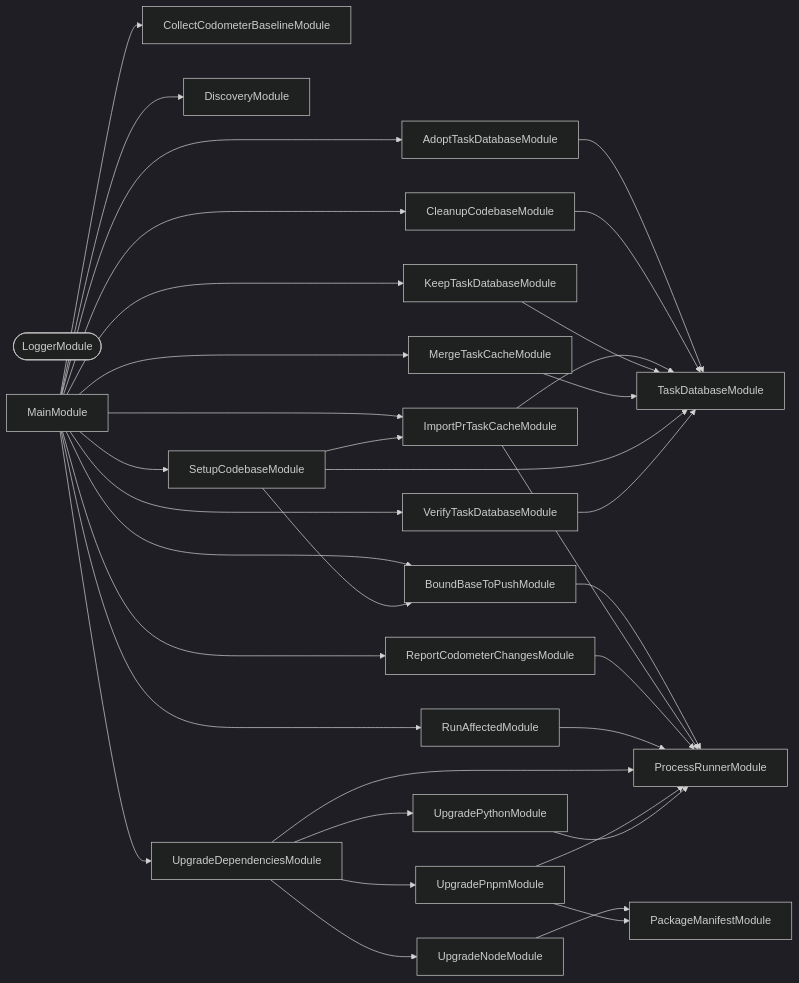
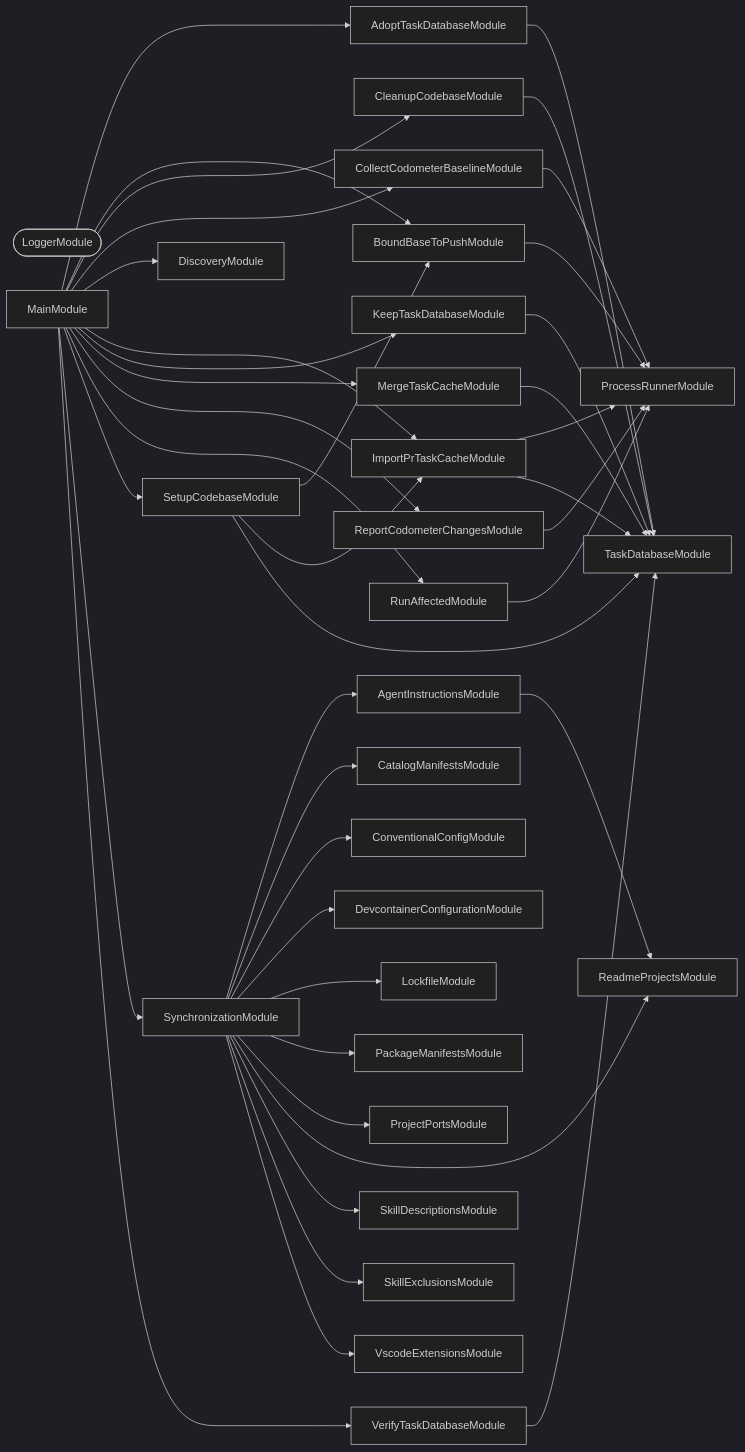
One commit to organizzolini/codebase changed the second of 3 diagrams in integration/documentation/codependix.md. Above: the diagram before and after it, drawn with Mermaid (dark theme). The commit also changed other lines of this file and 56 other files, not shown here.

````diff
--- a/integration/documentation/codependix.md
+++ b/integration/documentation/codependix.md
@@ -25,58 +25,70 @@
 ```mermaid
 flowchart LR
   AdoptTaskDatabaseModule
+  AgentInstructionsModule
   BoundBaseToPushModule
+  CatalogManifestsModule
   CleanupCodebaseModule
   CollectCodometerBaselineModule
+  ConventionalConfigModule
+  DevcontainerConfigurationModule
   DiscoveryModule
   ImportPrTaskCacheModule
   KeepTaskDatabaseModule
+  LockfileModule
   LoggerModule([LoggerModule])
   MainModule
   MergeTaskCacheModule
-  PackageManifestModule
+  PackageManifestsModule
   ProcessRunnerModule
+  ProjectPortsModule
+  ReadmeProjectsModule
   ReportCodometerChangesModule
   RunAffectedModule
   SetupCodebaseModule
+  SkillDescriptionsModule
+  SkillExclusionsModule
+  SynchronizationModule
   TaskDatabaseModule
-  UpgradeDependenciesModule
-  UpgradeNodeModule
-  UpgradePnpmModule
-  UpgradePythonModule
   VerifyTaskDatabaseModule
+  VscodeExtensionsModule
   AdoptTaskDatabaseModule --> TaskDatabaseModule
+  AgentInstructionsModule --> ReadmeProjectsModule
   BoundBaseToPushModule --> ProcessRunnerModule
   CleanupCodebaseModule --> TaskDatabaseModule
+  CollectCodometerBaselineModule --> ProcessRunnerModule
   ImportPrTaskCacheModule --> ProcessRunnerModule
   ImportPrTaskCacheModule --> TaskDatabaseModule
   KeepTaskDatabaseModule --> TaskDatabaseModule
   MainModule --> AdoptTaskDatabaseModule
   MainModule --> BoundBaseToPushModule
   MainModule --> CleanupCodebaseModule
   MainModule --> CollectCodometerBaselineModule
   MainModule --> DiscoveryModule
   MainModule --> ImportPrTaskCacheModule
   MainModule --> KeepTaskDatabaseModule
   MainModule --> MergeTaskCacheModule
   MainModule --> ReportCodometerChangesModule
   MainModule --> RunAffectedModule
   MainModule --> SetupCodebaseModule
-  MainModule --> UpgradeDependenciesModule
+  MainModule --> SynchronizationModule
   MainModule --> VerifyTaskDatabaseModule
   MergeTaskCacheModule --> TaskDatabaseModule
   ReportCodometerChangesModule --> ProcessRunnerModule
   RunAffectedModule --> ProcessRunnerModule
   SetupCodebaseModule --> BoundBaseToPushModule
   SetupCodebaseModule --> ImportPrTaskCacheModule
   SetupCodebaseModule --> TaskDatabaseModule
-  UpgradeDependenciesModule --> ProcessRunnerModule
-  UpgradeDependenciesModule --> UpgradeNodeModule
-  UpgradeDependenciesModule --> UpgradePnpmModule
-  UpgradeDependenciesModule --> UpgradePythonModule
-  UpgradeNodeModule --> PackageManifestModule
-  UpgradePnpmModule --> PackageManifestModule
-  UpgradePnpmModule --> ProcessRunnerModule
-  UpgradePythonModule --> ProcessRunnerModule
+  SynchronizationModule --> AgentInstructionsModule
+  SynchronizationModule --> CatalogManifestsModule
+  SynchronizationModule --> ConventionalConfigModule
+  SynchronizationModule --> DevcontainerConfigurationModule
+  SynchronizationModule --> LockfileModule
+  SynchronizationModule --> PackageManifestsModule
+  SynchronizationModule --> ProjectPortsModule
+  SynchronizationModule --> ReadmeProjectsModule
+  SynchronizationModule --> SkillDescriptionsModule
+  SynchronizationModule --> SkillExclusionsModule
+  SynchronizationModule --> VscodeExtensionsModule
   VerifyTaskDatabaseModule --> TaskDatabaseModule
 ```
````
